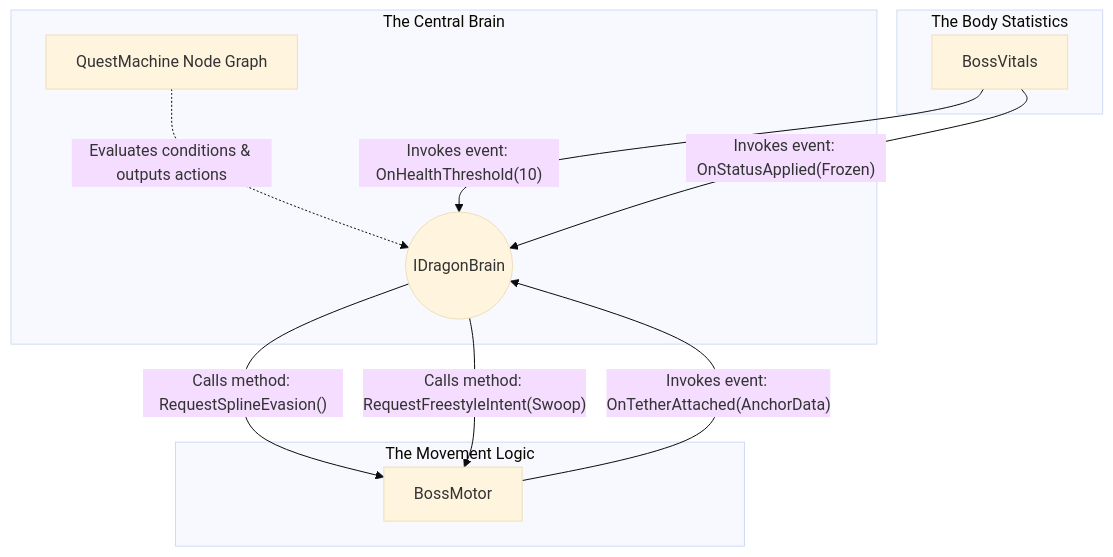
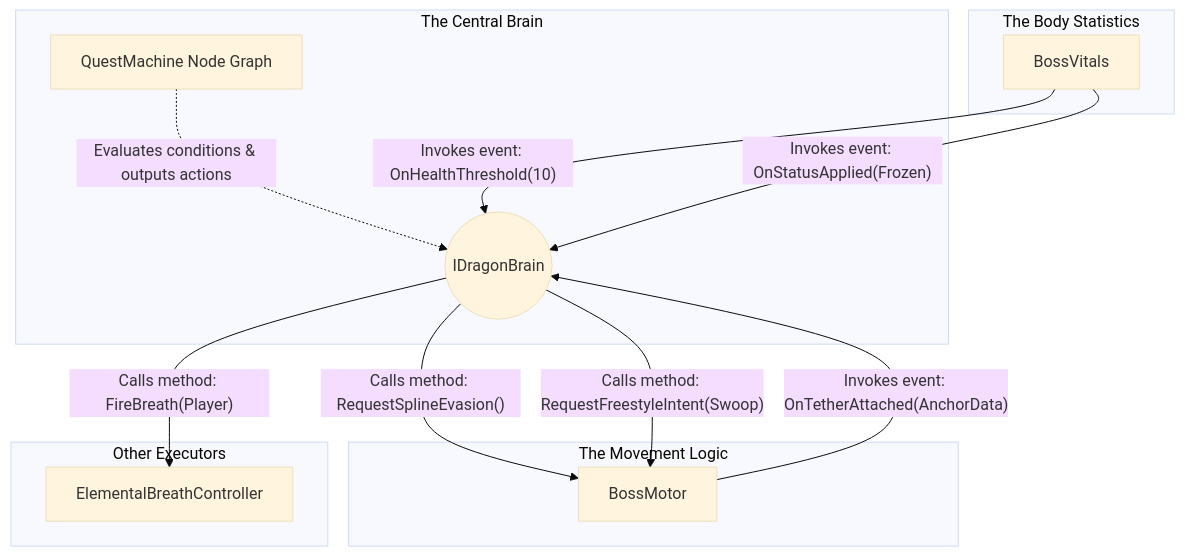
Before and after one commit to NatalieC001/dragonDump: the diagram in Quest_Machine_Dragon_Brain_Docs.md, drawn with Mermaid (base theme). The commit also changed other lines of this file and 1 other file, not shown here.

Commit message:
Add documentation for Quest Machine and Dragon Brain architecture

````diff
--- a/Quest_Machine_Dragon_Brain_Docs.md
+++ b/Quest_Machine_Dragon_Brain_Docs.md
@@ -50,24 +50,29 @@
 ```mermaid
 graph TD
     subgraph The Body Statistics
         BV[BossVitals]
     end
 
     subgraph The Central Brain
         IDB((IDragonBrain))
         QMB[QuestMachine Node Graph] -.->|Evaluates conditions & outputs actions| IDB
     end
 
     subgraph The Movement Logic
         ABM[BossMotor]
     end
 
+    subgraph Other Executors
+        EBC[ElementalBreathController]
+    end
+
     %% Sensor Reporting
     BV -- Invokes event: OnHealthThreshold(10) --> IDB
     BV -- Invokes event: OnStatusApplied(Frozen) --> IDB
     ABM -- Invokes event: OnTetherAttached(AnchorData) --> IDB
-    
+
     %% Brain Orchestration Commands
     IDB -- Calls method: RequestSplineEvasion() --> ABM
     IDB -- Calls method: RequestFreestyleIntent(Swoop) --> ABM
+    IDB -- Calls method: FireBreath(Player) --> EBC
 ```
````
